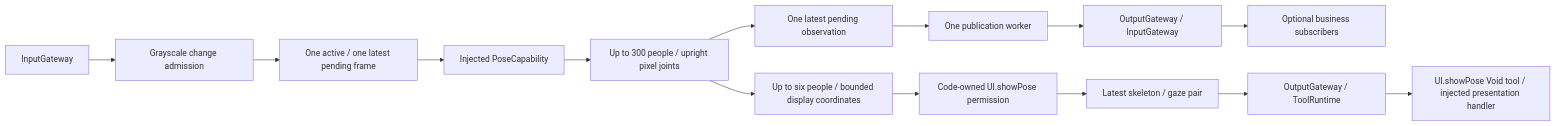
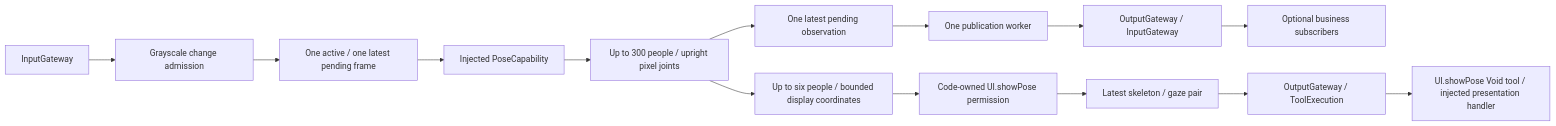
The first of 3 diagrams in MobileHarness/Agents/VisionPerception/README.md (devilyouwei/MobileHarness), drawn with Mermaid before and after one commit. The commit also changed other lines of this file and 132 other files, not shown here.

````diff
--- a/MobileHarness/Agents/VisionPerception/README.md
+++ b/MobileHarness/Agents/VisionPerception/README.md
@@ -5,16 +5,16 @@
 ```mermaid
 flowchart LR
     InputGateway --> Filter[Grayscale change admission]
     Filter --> Latest[One active / one latest pending frame]
     Latest --> Model[Injected PoseCapability]
     Model --> Observation[Up to 300 people / upright pixel joints]
     Observation --> Pending[One latest pending observation]
     Pending --> Publisher[One publication worker]
     Publisher --> Publication[OutputGateway / InputGateway]
     Publication --> Subscribers[Optional business subscribers]
     Observation --> Overlay[Up to six people / bounded display coordinates]
     Overlay --> Generator[Code-owned UI.showPose permission]
     Generator --> Output[Latest skeleton / gaze pair]
-    Output --> Gateway[OutputGateway / ToolRuntime]
+    Output --> Gateway[OutputGateway / ToolExecution]
     Gateway --> Action[UI.showPose Void tool / injected presentation handler]
 ```
````
